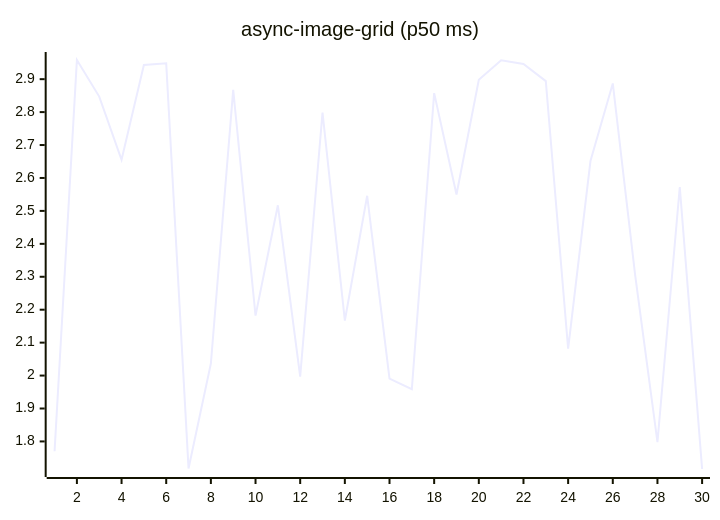
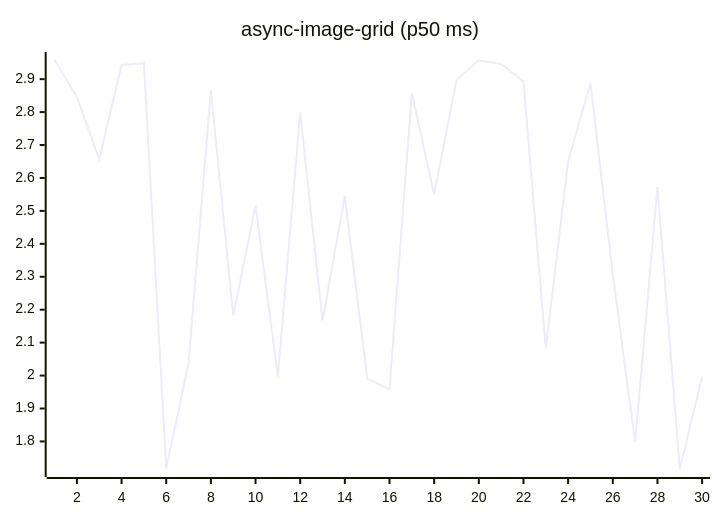
Before and after one commit to josha/Facet: the fifth of 27 diagrams in README.md, drawn with Mermaid. The commit also changed other lines of this file and 2 other files, not shown here.

````diff
--- a/README.md
+++ b/README.md
@@ -91,6 +91,6 @@
 ```mermaid
 xychart-beta
     title "async-image-grid (p50 ms)"
     x-axis 1 --> 30
-    line [1.7701, 2.9582, 2.8471, 2.6552, 2.9433, 2.9481, 1.7177, 2.0365, 2.8674, 2.1819, 2.5171, 1.9970, 2.7988, 2.1671, 2.5459, 1.9906, 1.9586, 2.8577, 2.5497, 2.8980, 2.9576, 2.9463, 2.8940, 2.0815, 2.6515, 2.8871, 2.3060, 1.7979, 2.5726, 1.7163]
+    line [2.9582, 2.8471, 2.6552, 2.9433, 2.9481, 1.7177, 2.0365, 2.8674, 2.1819, 2.5171, 1.9970, 2.7988, 2.1671, 2.5459, 1.9906, 1.9586, 2.8577, 2.5497, 2.8980, 2.9576, 2.9463, 2.8940, 2.0815, 2.6515, 2.8871, 2.3060, 1.7979, 2.5726, 1.7163, 1.9964]
 ```
````
